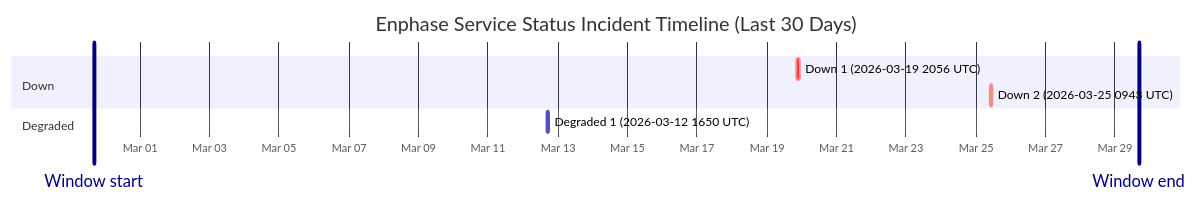
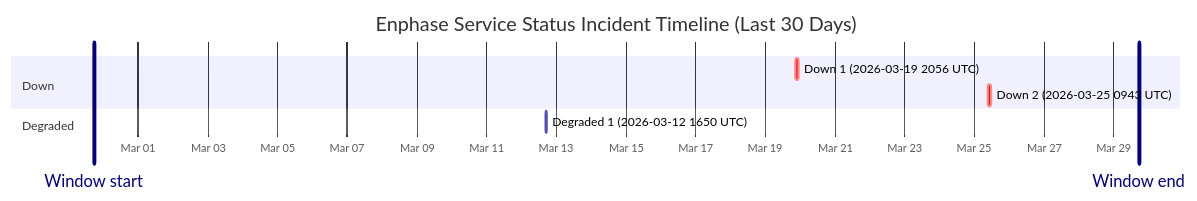
The diagram in wiki/Service-Status-History.md (barneyonline/ha-enphase-ev-charger), drawn with Mermaid before and after one commit. The commit also changed other lines of this file and 3 other files, not shown here.

````diff
--- a/wiki/Service-Status-History.md
+++ b/wiki/Service-Status-History.md
@@ -14,13 +14,13 @@
 ```mermaid
 gantt
     title Enphase Service Status Incident Timeline (Last 30 Days)
     dateFormat  YYYY-MM-DDTHH:mm:ss
     axisFormat  %b %d
-    Window start :vert, window-start, 2026-02-27T16:24:33, 0ms
-    Window end :vert, window-end, 2026-03-29T16:24:33, 0ms
+    Window start :vert, window-start, 2026-02-27T17:22:00, 0ms
+    Window end :vert, window-end, 2026-03-29T17:22:00, 0ms
     section Down
     Down 1 (2026-03-19 2056 UTC) :crit, down-1, 2026-03-19T20:56:20, 145m
     Down 2 (2026-03-25 0943 UTC) :crit, down-2, 2026-03-25T09:43:28, 111m
     section Degraded
     Degraded 1 (2026-03-12 1650 UTC) :active, degraded-1, 2026-03-12T16:50:43, 60m
 ```
````
